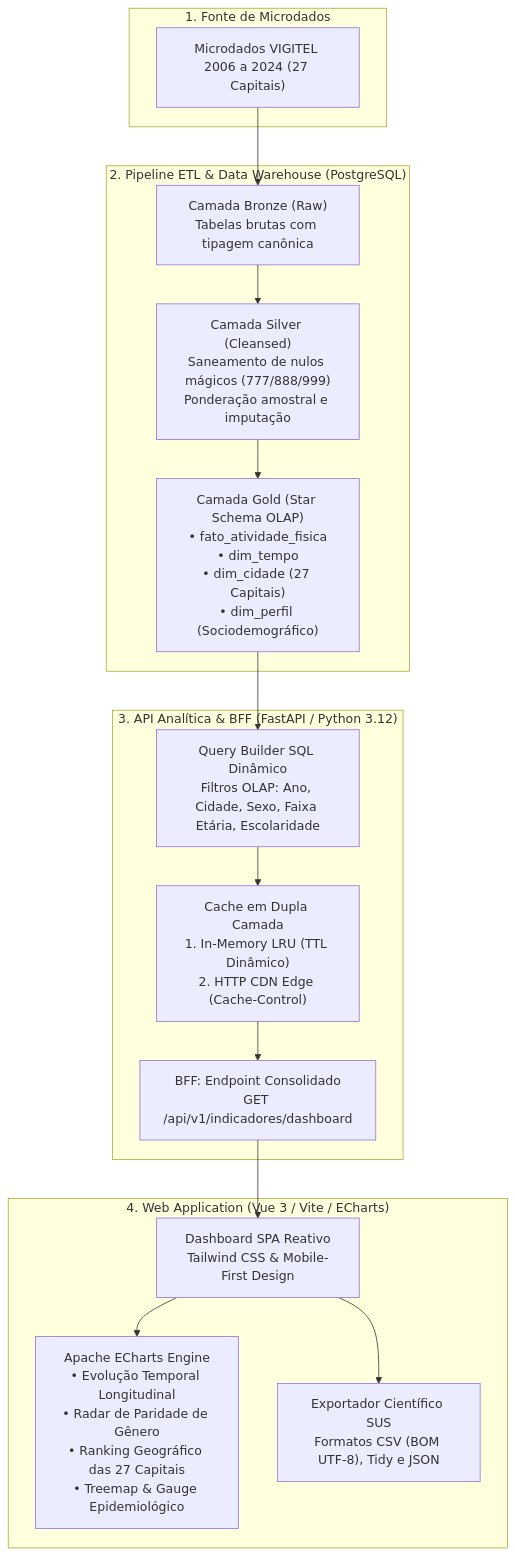
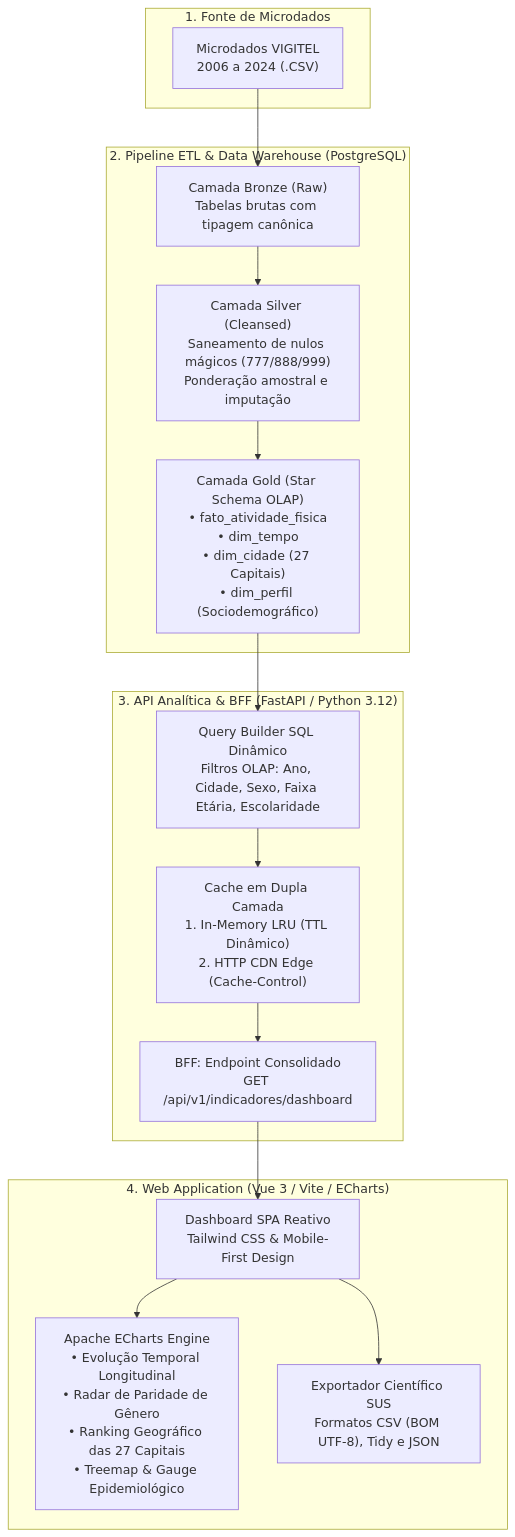
One commit to KevenGustavo/vigitel-dashboard changed the first of 3 diagrams in README.md. Above: the diagram before and after it, drawn with Mermaid.

Commit message:
Update CSV description in README.md

````diff
--- a/README.md
+++ b/README.md
@@ -32,36 +32,36 @@
 ```mermaid
 flowchart TD
     subgraph Data_Source["1. Fonte de Microdados"]
-        CSV["Microdados VIGITEL <br/>2006 a 2024 (27 Capitais)"]
+        CSV["Microdados VIGITEL <br/>2006 a 2024 (.CSV)"]
     end
 
     subgraph Data_Warehouse["2. Pipeline ETL & Data Warehouse (PostgreSQL)"]
         Bronze["Camada Bronze (Raw)<br/>Tabelas brutas com tipagem canônica"]
         Silver["Camada Silver (Cleansed)<br/>Saneamento de nulos mágicos (777/888/999)<br/>Ponderação amostral e imputação"]
         Gold["Camada Gold (Star Schema OLAP)<br/>• fato_atividade_fisica<br/>• dim_tempo<br/>• dim_cidade (27 Capitais)<br/>• dim_perfil (Sociodemográfico)"]
         
         CSV --> Bronze
         Bronze --> Silver
         Silver --> Gold
     end
 
     subgraph Backend_Layer["3. API Analítica & BFF (FastAPI / Python 3.12)"]
         Cache["Cache em Dupla Camada<br/>1. In-Memory LRU (TTL Dinâmico)<br/>2. HTTP CDN Edge (Cache-Control)"]
         BFF["BFF: Endpoint Consolidado<br/>GET /api/v1/indicadores/dashboard"]
         QueryBuilder["Query Builder SQL Dinâmico<br/>Filtros OLAP: Ano, Cidade, Sexo, Faixa Etária, Escolaridade"]
         
         Gold --> QueryBuilder
         QueryBuilder --> Cache
         Cache --> BFF
     end
 
     subgraph Frontend_Layer["4. Web Application (Vue 3 / Vite / ECharts)"]
         UI["Dashboard SPA Reativo<br/>Tailwind CSS & Mobile-First Design"]
         Charts["Apache ECharts Engine<br/>• Evolução Temporal Longitudinal<br/>• Radar de Paridade de Gênero<br/>• Ranking Geográfico das 27 Capitais<br/>• Treemap & Gauge Epidemiológico"]
         Exporter["Exportador Científico SUS<br/>Formatos CSV (BOM UTF-8), Tidy e JSON"]
         
         BFF --> UI
         UI --> Charts
         UI --> Exporter
     end
 ```
````
